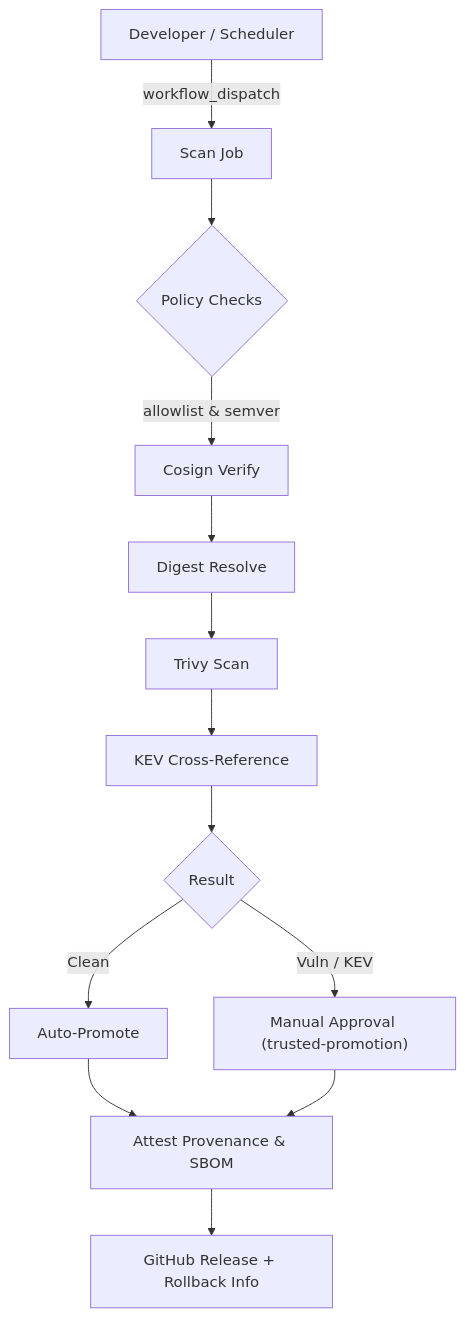
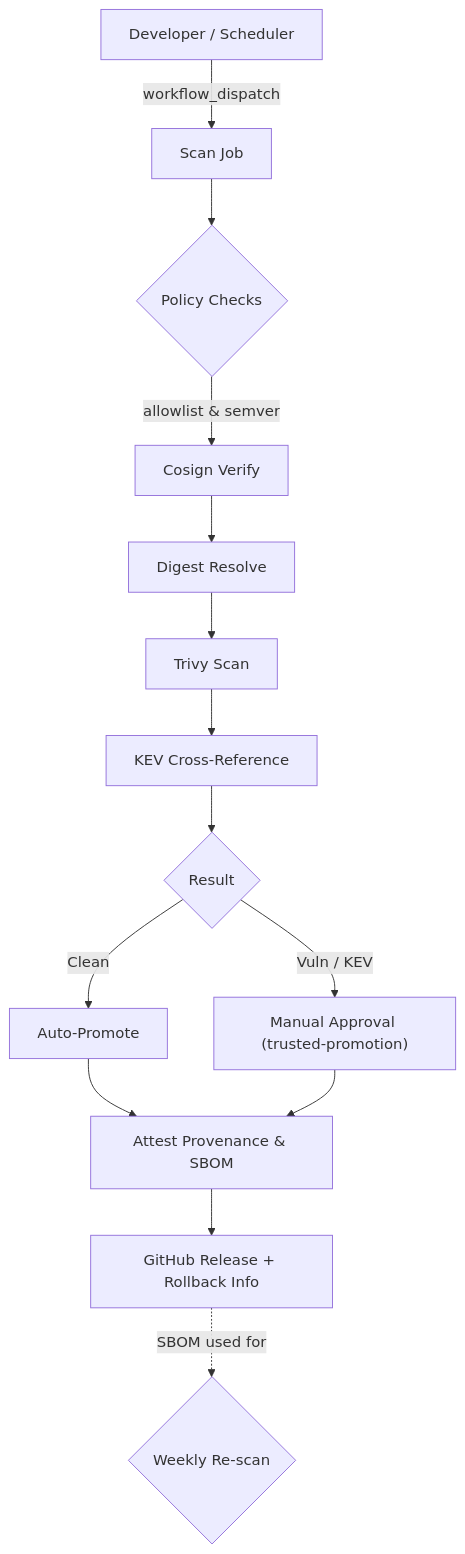
Before and after one commit to svveec0d3/secure-deploy: the diagram in README.md, drawn with Mermaid. The commit also changed other lines of this file and 2 other files, not shown here.

Commit message:
feat(ci): transition continuous rescan to use SBOM instead of pulling full image

````diff
--- a/README.md
+++ b/README.md
@@ -46,15 +46,16 @@
 ```mermaid
 flowchart TD
     A[Developer / Scheduler] -->|workflow_dispatch| B[Scan Job]
     B --> C{Policy Checks}
     C -->|allowlist & semver| D[Cosign Verify]
     D --> E[Digest Resolve]
     E --> F[Trivy Scan]
     F --> G[KEV Cross‑Reference]
     G --> H{Result}
     H -->|Clean| I[Auto‑Promote]
     H -->|Vuln / KEV| J["Manual Approval (trusted‑promotion)"]
     I --> K[Attest Provenance & SBOM]
     J --> K
     K --> L[GitHub Release + Rollback Info]
+    L -.->|SBOM used for| M{Weekly Re-scan}
 ```
````
